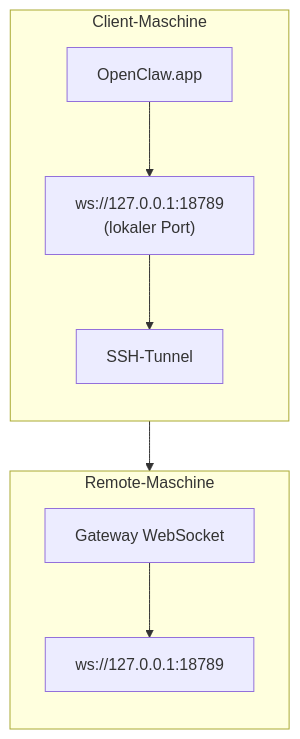
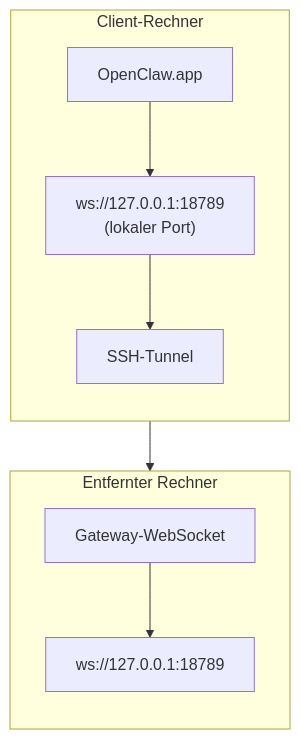
The diagram in docs/de/gateway/remote-gateway-readme.md (daichangya/openclaw-docs), drawn with Mermaid before and after one commit. The commit also changed other lines of this file and 440 other files, not shown here.

````diff
--- a/docs/de/gateway/remote-gateway-readme.md
+++ b/docs/de/gateway/remote-gateway-readme.md
@@ -22,20 +22,20 @@
 ```mermaid
 flowchart TB
-    subgraph Client["Client-Maschine"]
+    subgraph Client["Client-Rechner"]
         direction TB
         A["OpenClaw.app"]
         B["ws://127.0.0.1:18789\n(lokaler Port)"]
         T["SSH-Tunnel"]
 
         A --> B
         B --> T
     end
-    subgraph Remote["Remote-Maschine"]
+    subgraph Remote["Entfernter Rechner"]
         direction TB
-        C["Gateway WebSocket"]
+        C["Gateway-WebSocket"]
         D["ws://127.0.0.1:18789"]
 
         C --> D
     end
     T --> C
 ```
````
